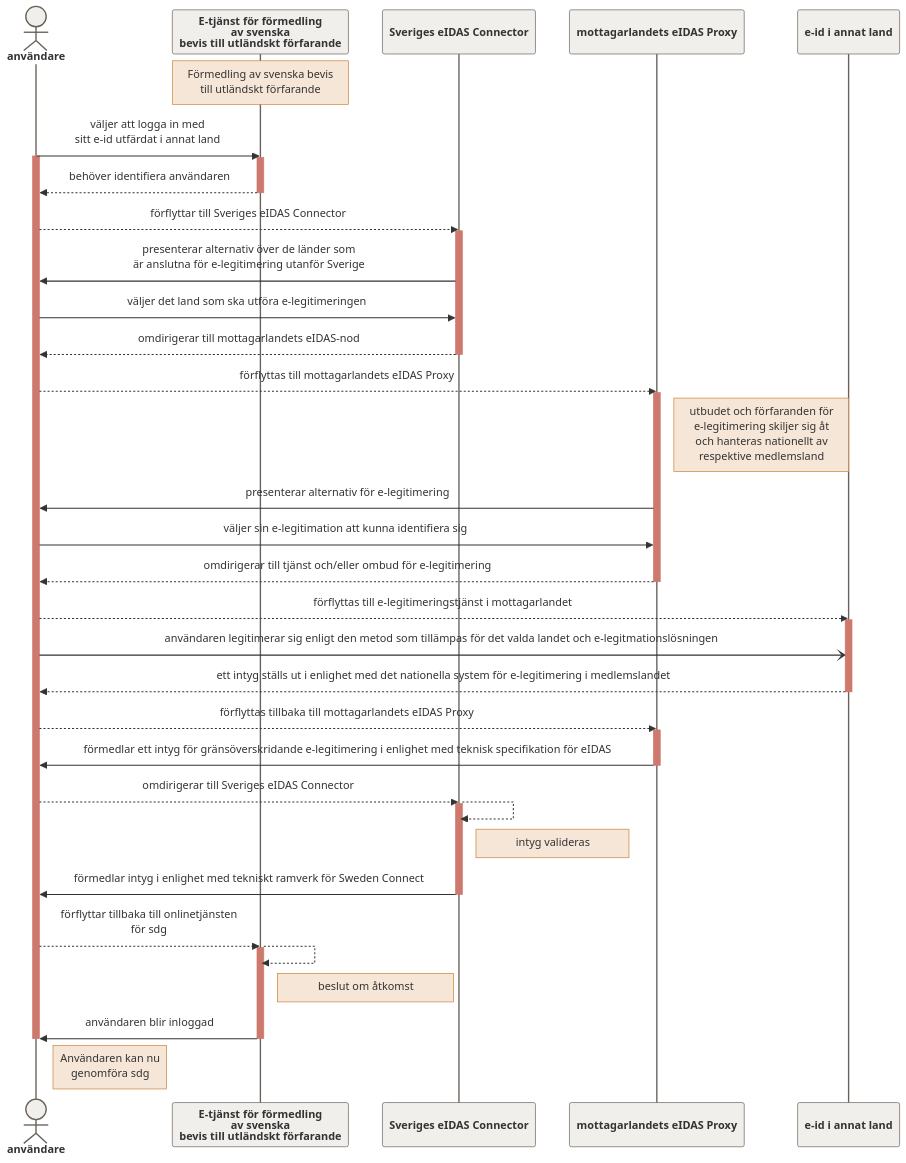
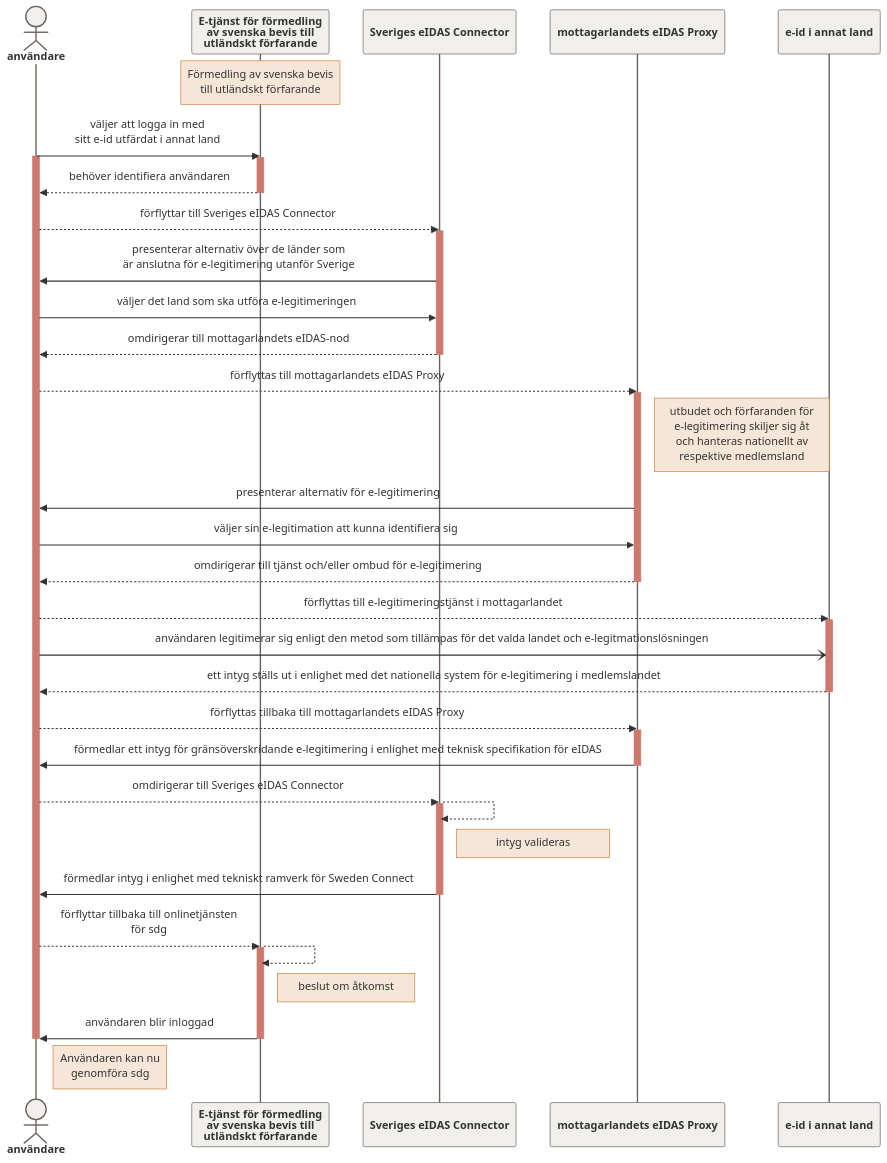
One commit to araskazemi/greenhouse changed the diagram in login_oots.md. Above: the diagram before and after it, drawn with Mermaid.

````diff
--- a/login_oots.md
+++ b/login_oots.md
@@ -1,53 +1,53 @@
 ```mermaid
 
 %%{init: {'sequence': { 'mirrorActors': true, 'rightAngles': true, 'messageAlign': 'center', 'actorFontWeight': 900, 'actorFontSize': 18, 'noteFontWeight': 100, 'noteFontSize': 12}}}%%
 %%{init: {'theme': 'base', 'themeVariables': {'labelBoxBkgColor': '#F5F5F4', 'labelBoxBorderColor': '#998980', 'actorBorder': '#696059', 'actorBkg': '#F1EFEC', 'activationBorderColor': '#CD796E', 'activationBkgColor': '#CD796E', 'noteBkgColor': '#F5E6D7', 'noteBorderColor': '#CE8036'}}}%%
 
 sequenceDiagram
   actor användare
-  participant sdg as E-tjänst för förmedling<br />av svenska<br />bevis till utländskt förfarande
+  participant sdg as E-tjänst för förmedling<br />av svenska bevis till<br />utländskt förfarande
   Note over sdg: Förmedling av svenska bevis<br />till utländskt förfarande
   användare->>sdg: väljer att logga in med<br />sitt e-id utfärdat i annat land
   activate användare
   activate sdg
   sdg-->>användare: behöver identifiera användaren
   deactivate sdg  
   användare-->>Sveriges eIDAS Connector: förflyttar till Sveriges eIDAS Connector
   activate Sveriges eIDAS Connector
   Sveriges eIDAS Connector->>användare: presenterar alternativ över de länder som<br />är anslutna för e-legitimering utanför Sverige
   användare->>Sveriges eIDAS Connector: väljer det land som ska utföra e-legitimeringen
   Sveriges eIDAS Connector-->>användare: omdirigerar till mottagarlandets eIDAS-nod
   deactivate Sveriges eIDAS Connector
   användare-->>mottagarlandets eIDAS Proxy: förflyttas till mottagarlandets eIDAS Proxy
   activate mottagarlandets eIDAS Proxy
   Note right of mottagarlandets eIDAS Proxy: utbudet och förfaranden för<br />e-legitimering skiljer sig åt<br />och hanteras nationellt av<br />respektive medlemsland
   mottagarlandets eIDAS Proxy->>användare: presenterar alternativ för e-legitimering
   användare->>mottagarlandets eIDAS Proxy: väljer sin e-legitimation att kunna identifiera sig
   mottagarlandets eIDAS Proxy-->>användare: omdirigerar till tjänst och/eller ombud för e-legitimering
   deactivate mottagarlandets eIDAS Proxy
   användare-->>e-id i annat land: förflyttas till e-legitimeringstjänst i mottagarlandet
   activate e-id i annat land
   användare-)e-id i annat land: användaren legitimerar sig enligt den metod som tillämpas för det valda landet och e-legitmationslösningen 
   e-id i annat land-->>användare: ett intyg ställs ut i enlighet med det nationella system för e-legitimering i medlemslandet
   deactivate e-id i annat land
   användare-->>mottagarlandets eIDAS Proxy: förflyttas tillbaka till mottagarlandets eIDAS Proxy
   activate mottagarlandets eIDAS Proxy
   mottagarlandets eIDAS Proxy->>användare: förmedlar ett intyg för gränsöverskridande e-legitimering i enlighet med teknisk specifikation för eIDAS
   deactivate mottagarlandets eIDAS Proxy
   användare-->>Sveriges eIDAS Connector: omdirigerar till Sveriges eIDAS Connector
   activate Sveriges eIDAS Connector
   Sveriges eIDAS Connector-->>Sveriges eIDAS Connector: 
   Note right of Sveriges eIDAS Connector: intyg valideras
   Sveriges eIDAS Connector->>användare: förmedlar intyg i enlighet med tekniskt ramverk för Sweden Connect
   deactivate Sveriges eIDAS Connector
   användare-->>sdg: förflyttar tillbaka till onlinetjänsten<br />för sdg
   activate sdg
   sdg-->>sdg: 
   Note right of sdg: beslut om åtkomst
   sdg->>användare: användaren blir inloggad
   deactivate sdg
   deactivate användare
   Note right of användare:  Användaren kan nu<br />genomföra sdg
   
 
 ```
````
